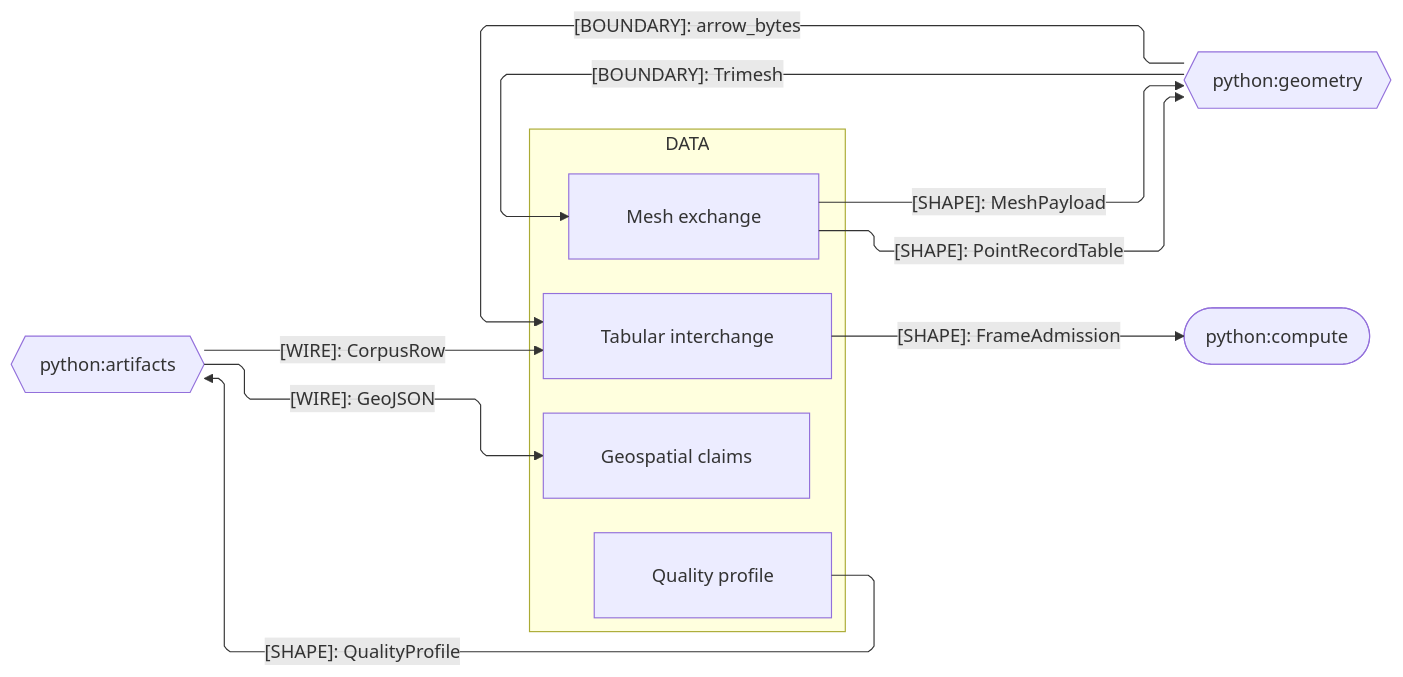
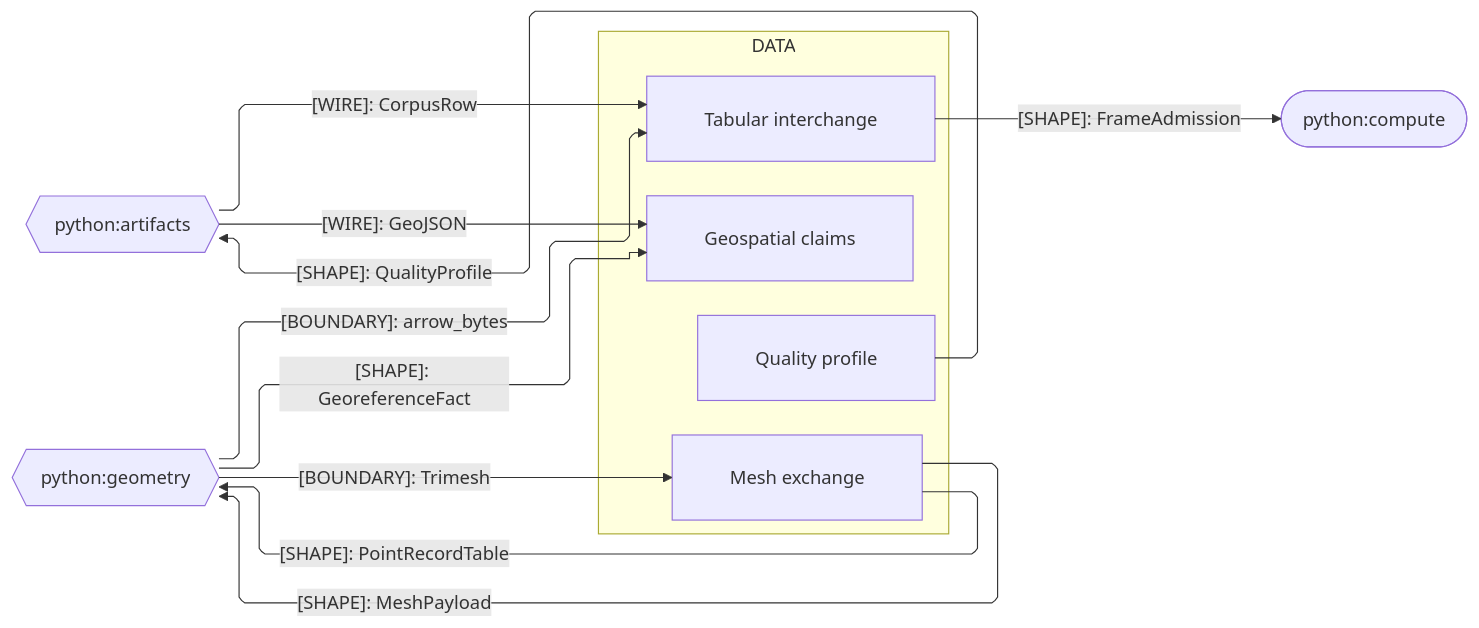
Before and after one commit to bsamiee/Rasm: the third of 4 diagrams in libs/python/data/ARCHITECTURE.md, drawn with Mermaid. The commit also changed other lines of this file and 84 other files, not shown here.

````diff
--- a/libs/python/data/ARCHITECTURE.md
+++ b/libs/python/data/ARCHITECTURE.md
@@ -165,29 +176,30 @@
 ```mermaid
 ---
 config:
   layout: elk
   flowchart:
     curve: linear
     padding: 25
 ---
 flowchart LR
     accTitle: Data package Python domain-peer seam registry
     accDescr: Data sub-domain owners exchanging wires, frame shapes, columnar bytes, and mesh boundaries with the Python artifacts, geometry, and compute siblings.
     subgraph data[DATA]
         Tabular[Tabular interchange]
         Profile[Quality profile]
         Geospatial[Geospatial claims]
         Mesh[Mesh exchange]
     end
     Artifacts{{python:artifacts}}
     Geometry{{python:geometry}}
     Compute([python:compute])
     Artifacts e6@-->|"[WIRE]: CorpusRow"| Tabular
     Geometry e25@-->|"[BOUNDARY]: arrow_bytes"| Tabular
     Profile e7@-->|"[SHAPE]: QualityProfile"| Artifacts
     Artifacts e8@-->|"[WIRE]: GeoJSON"| Geospatial
+    Geometry e17@-->|"[SHAPE]: GeoreferenceFact"| Geospatial
     Mesh e9@-->|"[SHAPE]: MeshPayload"| Geometry
     Mesh e15@-->|"[SHAPE]: PointRecordTable"| Geometry
     Geometry e16@-->|"[BOUNDARY]: Trimesh"| Mesh
     Tabular e10@-->|"[SHAPE]: FrameAdmission"| Compute
 ```
````
